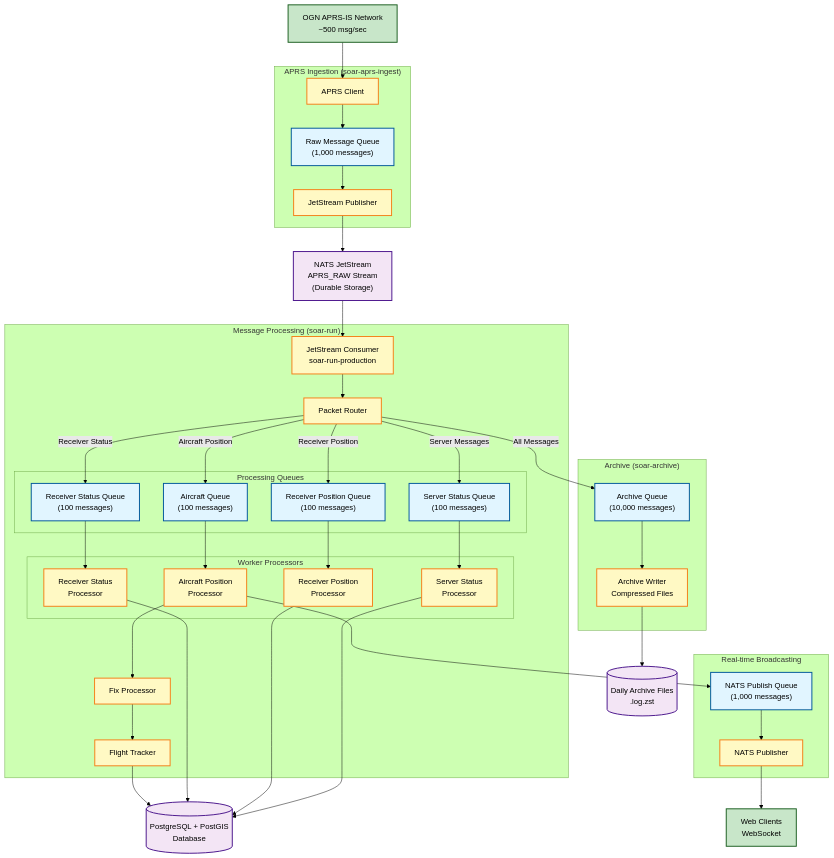
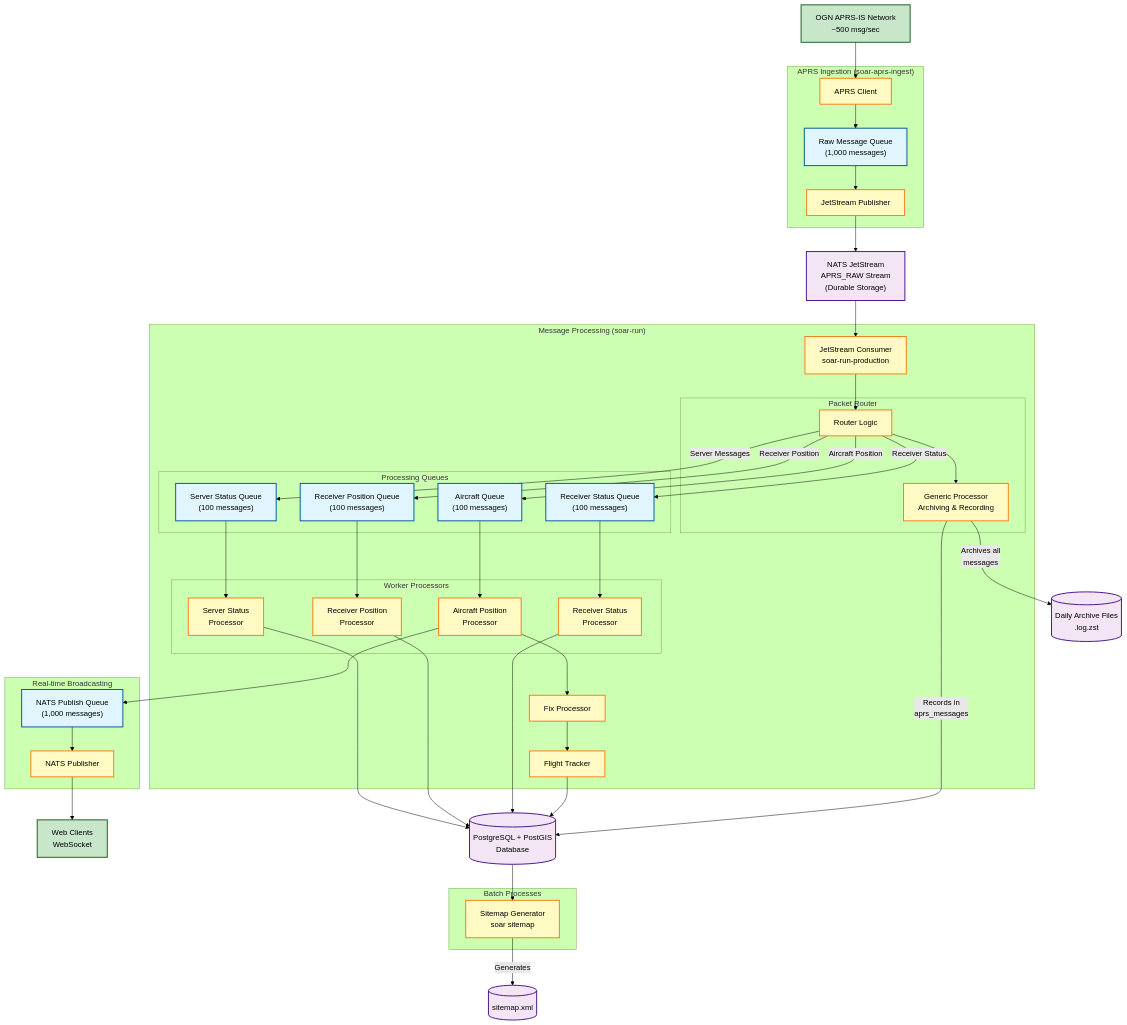
One commit to hut8/soar changed the diagram in README.md. Above: the diagram before and after it, drawn with Mermaid (forest theme). The commit also changed other lines of this file, not shown here.

Commit message:
docs: improve data processing flow diagram in README
- Add GenericProcessor to show inline archiving and APRS message recording
- Separate archival path from GenericProcessor to Daily Archive Files to avoid confusing intersections
- Add Sitemap Generator as a batch process reading from database
- Reorganize layout to clarify data flow paths
- Update component descriptions to match new diagram structure
- Include details about compressed archive files (.log.zst) and sitemap generation

````diff
--- a/README.md
+++ b/README.md
@@ -36,7 +36,11 @@
     %% Processing Process (soar-run)
     subgraph Processing ["Message Processing (soar-run)"]
         JetStreamCon[JetStream Consumer<br/>soar-run-production]
-        Router[Packet Router]
+
+        subgraph RouterBox ["Packet Router"]
+            Router[Router Logic]
+            GenericProc[Generic Processor<br/>Archiving & Recording]
+        end
 
         %% Processing Queues
         subgraph Queues ["Processing Queues"]
@@ -59,56 +63,66 @@
         FlightTracker[Flight Tracker]
     end
 
-    %% Archive Process (soar-archive)
-    subgraph Archive ["Archive (soar-archive)"]
-        ArchiveQueue["Archive Queue<br/>(10,000 messages)"]
-        ArchiveWriter[Archive Writer<br/>Compressed Files]
-    end
-
     %% Real-time Broadcasting
     subgraph Broadcast ["Real-time Broadcasting"]
         NatsQueue["NATS Publish Queue<br/>(1,000 messages)"]
         NatsPublisher[NATS Publisher]
     end
 
+    %% Batch Processes
+    subgraph Batch ["Batch Processes"]
+        Sitemap[Sitemap Generator<br/>soar sitemap]
+    end
+
     %% Storage
     Database[(PostgreSQL + PostGIS<br/>Database)]
     ArchiveFiles[(Daily Archive Files<br/>.log.zst)]
 
-    %% Data Flow
+    %% Data Flow - Ingestion
     APRS --> AprsClient
     AprsClient --> RawQueue
     RawQueue --> JetStreamPub
     JetStreamPub --> JetStream
 
+    %% Data Flow - Processing Entry
     JetStream --> JetStreamCon
     JetStreamCon --> Router
 
+    %% Data Flow - Router & Generic Processing
+    Router --> GenericProc
+    GenericProc -->|Archives all<br/>messages| ArchiveFiles
+    GenericProc -->|Records in<br/>aprs_messages| Database
+
+    %% Data Flow - Type-specific Routing
     Router -->|Aircraft Position| AircraftQueue
     Router -->|Receiver Status| RecvStatusQueue
     Router -->|Receiver Position| RecvPosQueue
     Router -->|Server Messages| ServerQueue
-    Router -->|All Messages| ArchiveQueue
 
+    %% Data Flow - Worker Processing
     AircraftQueue --> AircraftProc
     RecvStatusQueue --> RecvStatusProc
     RecvPosQueue --> RecvPosProc
     ServerQueue --> ServerProc
 
+    %% Data Flow - Aircraft Processing Chain
     AircraftProc --> FixProc
     FixProc --> FlightTracker
     FlightTracker --> Database
 
+    %% Data Flow - Other Processors to Database
     RecvStatusProc --> Database
     RecvPosProc --> Database
     ServerProc --> Database
 
+    %% Data Flow - Real-time Broadcasting
     AircraftProc --> NatsQueue
     NatsQueue --> NatsPublisher
     NatsPublisher --> WebClients
 
-    ArchiveQueue --> ArchiveWriter
-    ArchiveWriter --> ArchiveFiles
+    %% Data Flow - Batch Processes
+    Database --> Sitemap
+    Sitemap -->|Generates| SitemapFiles[(sitemap.xml)]
 
     %% Styling
     classDef queueStyle fill:#e1f5ff,stroke:#01579b,stroke-width:2px
@@ -116,8 +130,8 @@
     classDef storageStyle fill:#f3e5f5,stroke:#4a148c,stroke-width:2px
     classDef externalStyle fill:#c8e6c9,stroke:#1b5e20,stroke-width:2px
 
-    class RawQueue,AircraftQueue,RecvStatusQueue,RecvPosQueue,ServerQueue,ArchiveQueue,NatsQueue queueStyle
-    class AprsClient,JetStreamPub,JetStreamCon,Router,AircraftProc,RecvStatusProc,RecvPosProc,ServerProc,FixProc,FlightTracker,ArchiveWriter,NatsPublisher procStyle
-    class Database,JetStream,ArchiveFiles storageStyle
+    class RawQueue,AircraftQueue,RecvStatusQueue,RecvPosQueue,ServerQueue,NatsQueue queueStyle
+    class AprsClient,JetStreamPub,JetStreamCon,Router,GenericProc,AircraftProc,RecvStatusProc,RecvPosProc,ServerProc,FixProc,FlightTracker,NatsPublisher,Sitemap procStyle
+    class Database,JetStream,ArchiveFiles,SitemapFiles storageStyle
     class APRS,WebClients externalStyle
 ```
````
